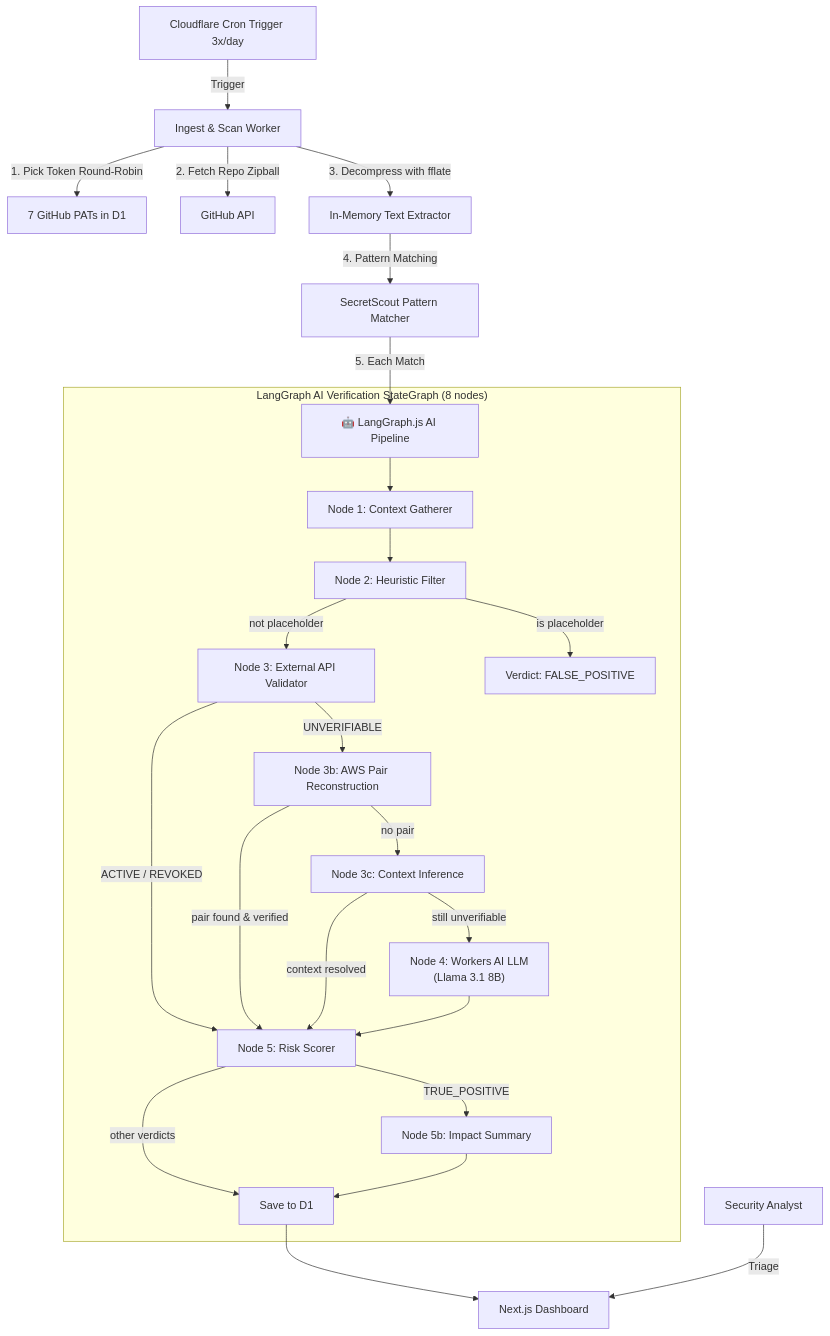
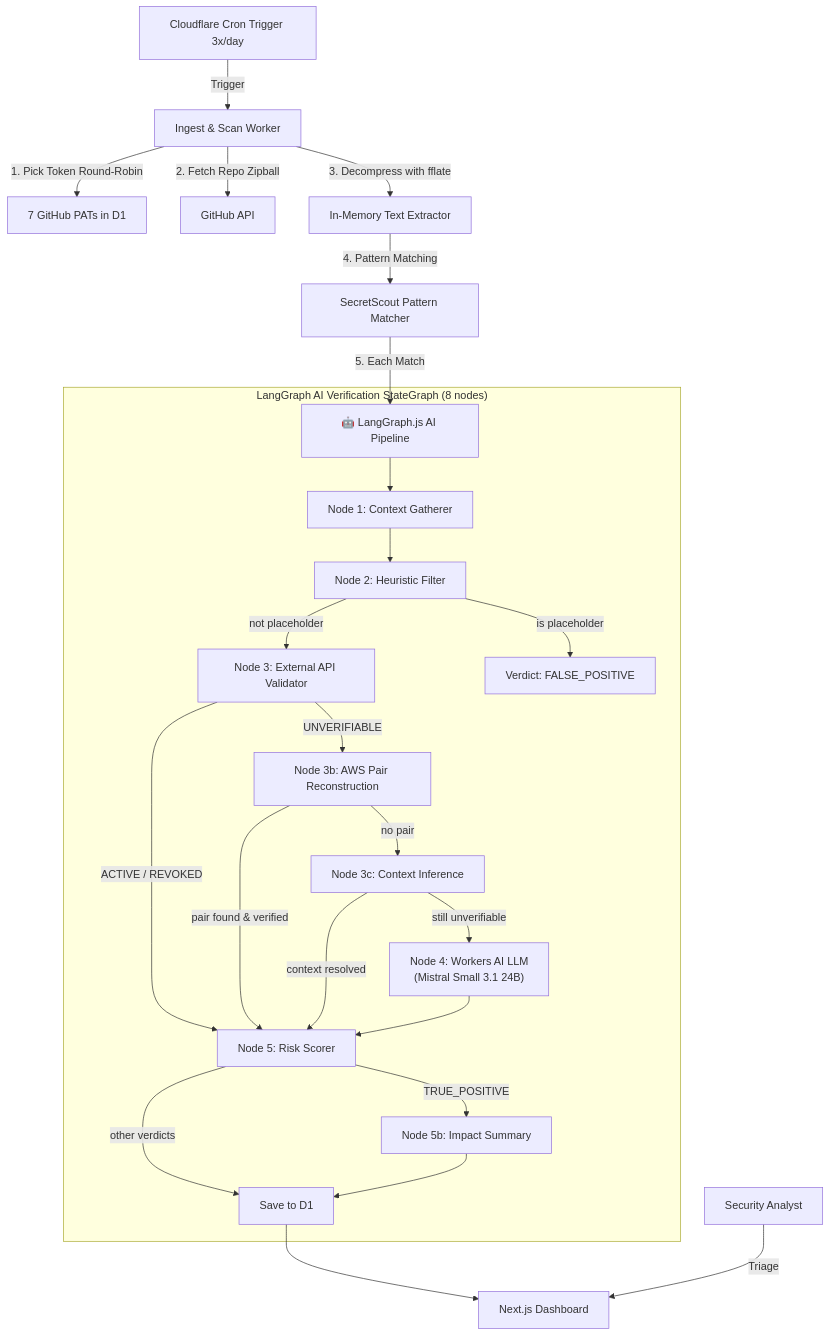
One commit to Teycir/RepoScout changed the diagram in README.md. Above: the diagram before and after it, drawn with Mermaid. The commit also changed other lines of this file and 5 other files, not shown here.

First line of the commit message:
docs: update LLM model reference from Llama 3.1 8B to Mistral Small 3.1 24B

````diff
--- a/README.md
+++ b/README.md
@@ -209,29 +209,29 @@
 ```mermaid
 graph TD
     Cron[Cloudflare Cron Trigger 3x/day] -->|Trigger| ScanWorker[Ingest & Scan Worker]
     ScanWorker -->|1. Pick Token Round-Robin| TokenPool[7 GitHub PATs in D1]
     ScanWorker -->|2. Fetch Repo Zipball| GitHub[GitHub API]
     ScanWorker -->|3. Decompress with fflate| Extractor[In-Memory Text Extractor]
     Extractor -->|4. Pattern Matching| Matcher[SecretScout Pattern Matcher]
     Matcher -->|5. Each Match| LangGraph[🤖 LangGraph.js AI Pipeline]
 
     subgraph "LangGraph AI Verification StateGraph (8 nodes)"
         LangGraph --> N1[Node 1: Context Gatherer]
         N1 --> N2[Node 2: Heuristic Filter]
         N2 -->|not placeholder| N3[Node 3: External API Validator]
         N2 -->|is placeholder| FP[Verdict: FALSE_POSITIVE]
         N3 -->|ACTIVE / REVOKED| N5[Node 5: Risk Scorer]
         N3 -->|UNVERIFIABLE| N3b[Node 3b: AWS Pair Reconstruction]
         N3b -->|pair found & verified| N5
         N3b -->|no pair| N3c[Node 3c: Context Inference]
         N3c -->|context resolved| N5
-        N3c -->|still unverifiable| N4["Node 4: Workers AI LLM<br/>(Llama 3.1 8B)"]
+        N3c -->|still unverifiable| N4["Node 4: Workers AI LLM<br/>(Mistral Small 3.1 24B)"]
         N4 --> N5
         N5 -->|TRUE_POSITIVE| N5b[Node 5b: Impact Summary]
         N5 -->|other verdicts| Done[Save to D1]
         N5b --> Done
     end
 
     Done --> Dashboard[Next.js Dashboard]
     Analyst[Security Analyst] -->|Triage| Dashboard
 ```
````
